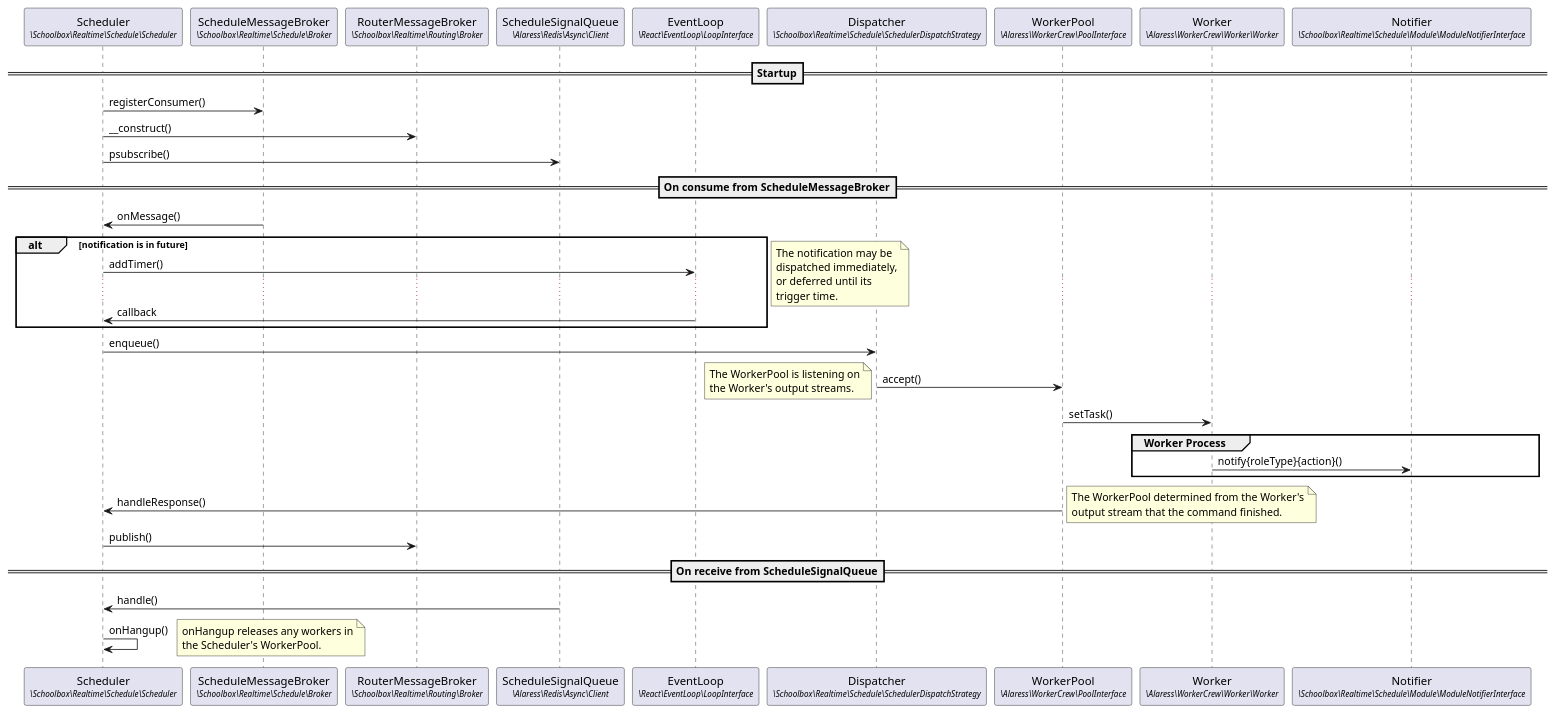
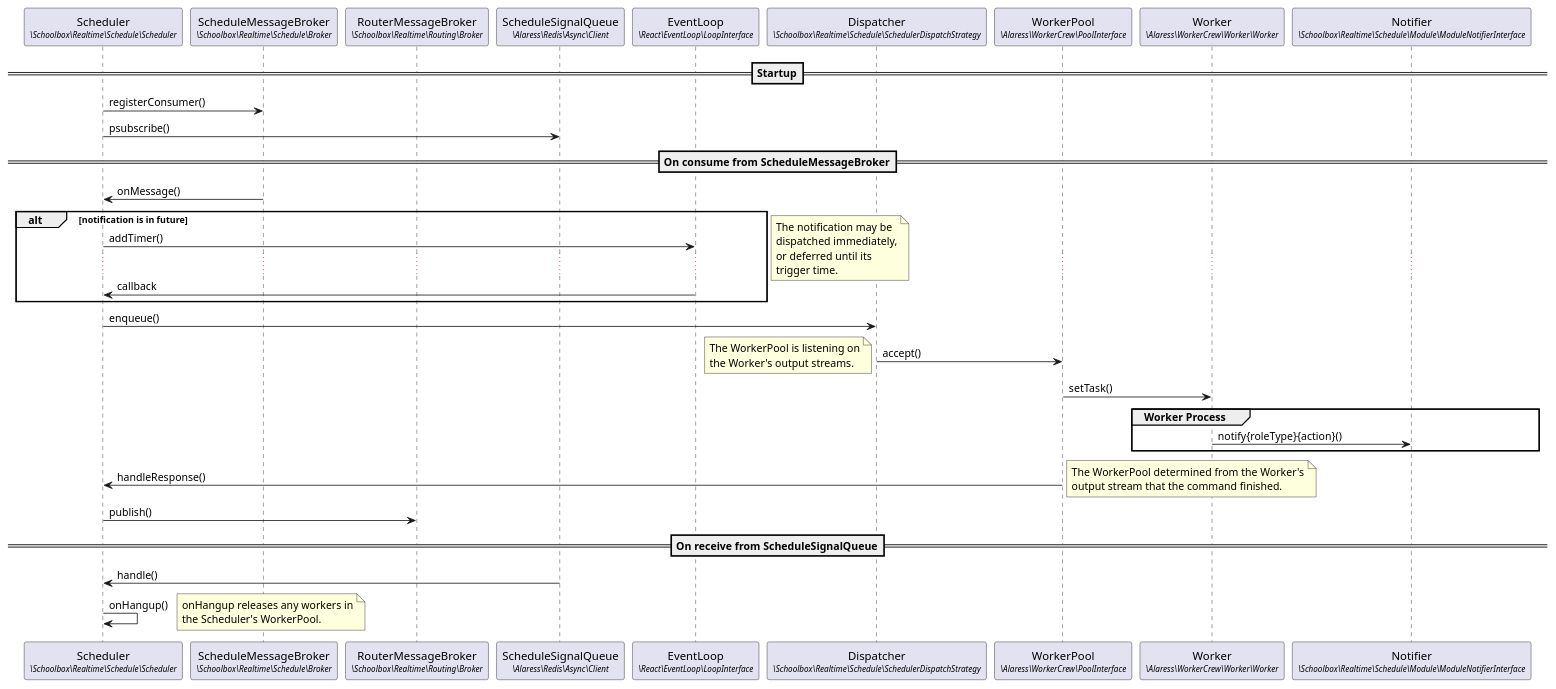
One commit to juliaattrevisan/schoolbox-api-docs changed the diagram in docs/notifications/scheduling.plantuml. Above: the diagram before and after it, drawn with PlantUML.

Commit message:
Remove redundant constructor [SA-6488]

```diff
--- a/docs/notifications/scheduling.plantuml
+++ b/docs/notifications/scheduling.plantuml
@@ -1,70 +1,69 @@
 @startuml
 
 participant "Scheduler\n<size:10>//\Schoolbox\Realtime\Schedule\Scheduler//</size>" as Scheduler
 participant "ScheduleMessageBroker\n<size:10>//\Schoolbox\Realtime\Schedule\Broker//</size>" as ScheduleMessageBroker
 participant "RouterMessageBroker\n<size:10>//\Schoolbox\Realtime\Routing\Broker//</size>" as RouterMessageBroker
 participant "ScheduleSignalQueue\n<size:10>//\Alaress\Redis\Async\Client//</size>" as ScheduleSignalQueue
 participant "EventLoop\n<size:10>//\React\EventLoop\LoopInterface//</size>" as EventLoop
 participant "Dispatcher\n<size:10>//\Schoolbox\Realtime\Schedule\SchedulerDispatchStrategy//</size>" as Dispatcher
 participant "WorkerPool\n<size:10>//\Alaress\WorkerCrew\PoolInterface//</size>" as WorkerPool
 participant "Worker\n<size:10>//\Alaress\WorkerCrew\Worker\Worker//</size>" as Worker
 participant "Notifier\n<size:10>//\Schoolbox\Realtime\Schedule\Module\ModuleNotifierInterface//</size>" as Notifier
 
 ==Startup==
 
 Scheduler -> ScheduleMessageBroker : registerConsumer()
-Scheduler -> RouterMessageBroker : __construct()
 Scheduler -> ScheduleSignalQueue : psubscribe()
 
 ==On consume from ScheduleMessageBroker==
 
 ' Workflow on receive msg from msg broker
 Scheduler <- ScheduleMessageBroker : onMessage()
 'Scheduler -> Scheduler : scheduleNotification()
 'Scheduler -> Scheduler : schedule()
 
 alt notification is in future
 Scheduler -> EventLoop : addTimer()
 ...
 Scheduler <- EventLoop : callback
 end
 note right
     The notification may be
     dispatched immediately,
     or deferred until its
     trigger time.
 end note
 
 'Scheduler -> Scheduler : dispatchTrigger()
 Scheduler -> Dispatcher : enqueue()
 'Dispatcher -> Dispatcher : dispatch()
 Dispatcher -> WorkerPool : accept()
 'WorkerPool -> WorkerPool : attachWorker()
 note left
     The WorkerPool is listening on
     the Worker's output streams.
 end note
 WorkerPool -> Worker : setTask()
 
 group Worker Process
 Worker -> Notifier : notify{roleType}{action}()
 end group
 
 Scheduler <- WorkerPool : handleResponse()
 note right
     The WorkerPool determined from the Worker's
     output stream that the command finished.
 end note
 
 Scheduler -> RouterMessageBroker : publish()
 
 ==On receive from ScheduleSignalQueue==
 
 Scheduler <- ScheduleSignalQueue : handle()
 Scheduler -> Scheduler : onHangup()
 note right
     onHangup releases any workers in
     the Scheduler's WorkerPool.
 end note
 
 @enduml
```
